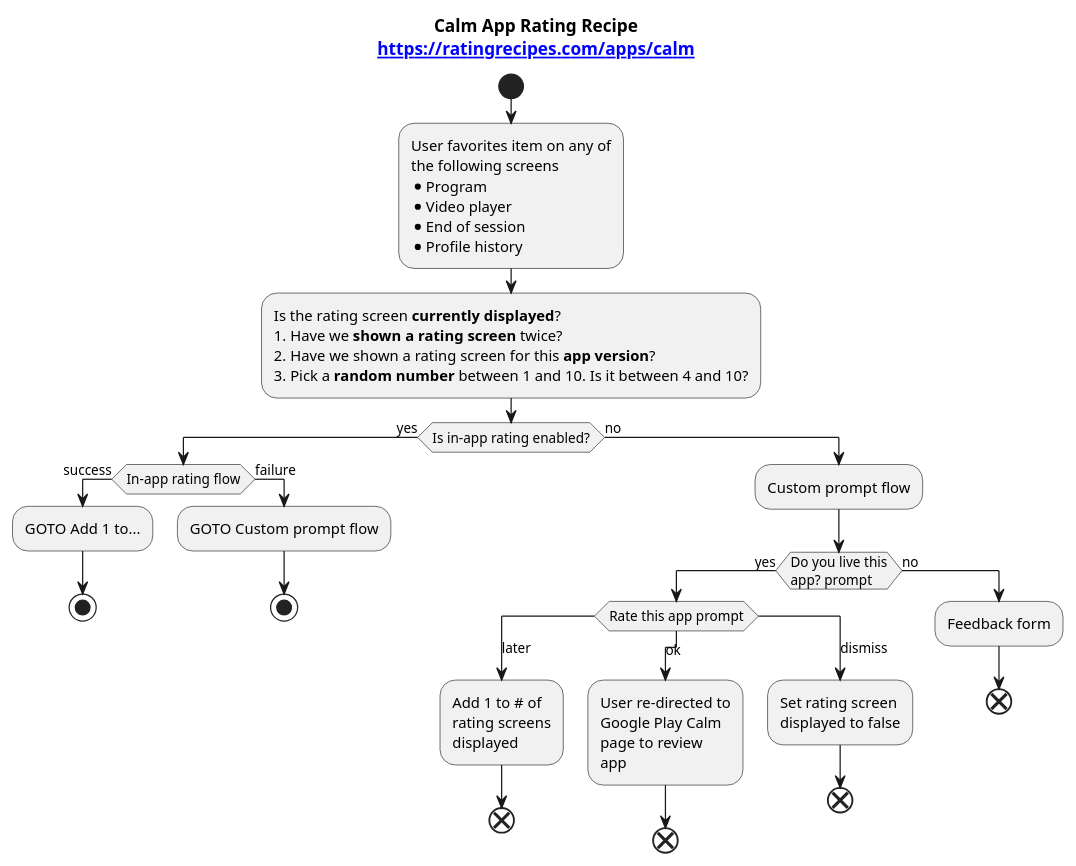
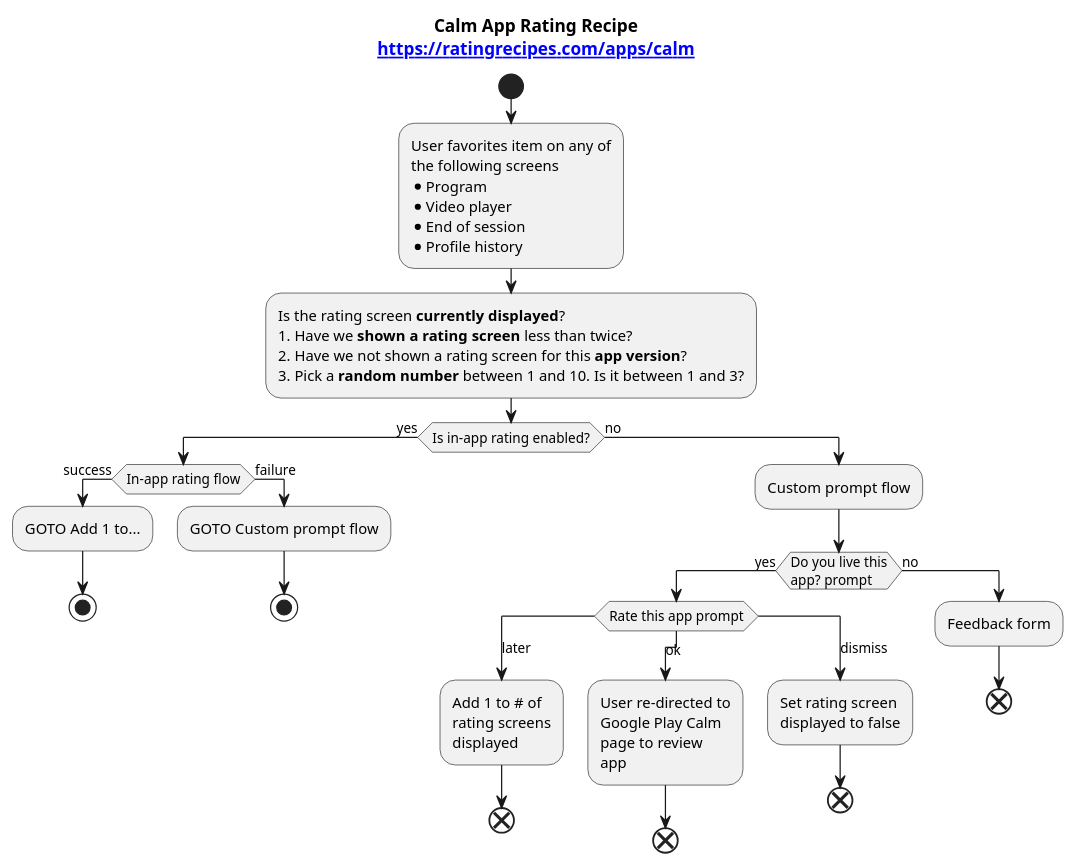
One commit to ratingrecipes/ratingrecipes changed the diagram in apps/calm/flow.iuml. Above: the diagram before and after it, drawn with PlantUML. The commit also changed 4 other files, not shown here.

```diff
--- a/apps/calm/flow.iuml
+++ b/apps/calm/flow.iuml
@@ -1,52 +1,52 @@
 @startuml
 
 title Calm App Rating Recipe\n[[https://ratingrecipes.com/apps/calm]]
 
 start
 
 :User favorites item on any of
 the following screens
 * Program
 * Video player
 * End of session
 * Profile history;
 :Is the rating screen **currently displayed**?
-# Have we **shown a rating screen** twice?
-# Have we shown a rating screen for this **app version**?
-# Pick a **random number** between 1 and 10. Is it between 4 and 10?;
+# Have we **shown a rating screen** less than twice?
+# Have we not shown a rating screen for this **app version**?
+# Pick a **random number** between 1 and 10. Is it between 1 and 3?;
 
 if (Is in-app rating enabled?) then (yes)
     if (In-app rating flow) then (success)
         :GOTO Add 1 to...;
         stop
     else (failure)
         :GOTO Custom prompt flow;
         stop
     endif
 else (no)
     :Custom prompt flow;
         if (Do you live this\napp? prompt) then (yes)
             switch (Rate this app prompt)
             case (later)
                 :Add 1 to # of
                 rating screens
                 displayed;
                 end
             case (ok)
                 :User re-directed to
                 Google Play Calm
                 page to review
                 app;
                 end
             case (dismiss)
                 :Set rating screen
                 displayed to false;
                 end
             endswitch
         else (no)
             :Feedback form;
             end
         endif
 endif
 
 @enduml
```
